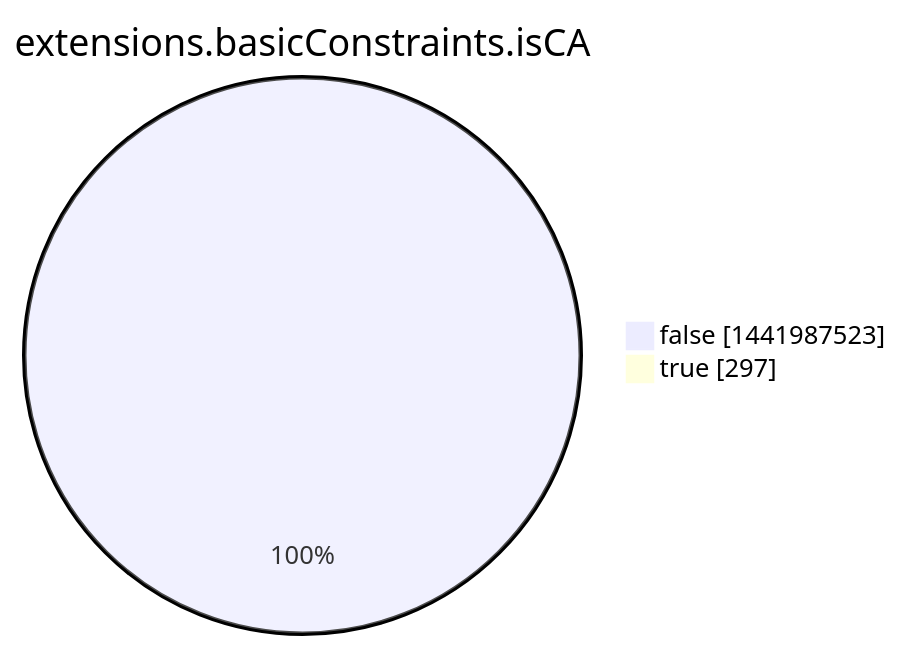
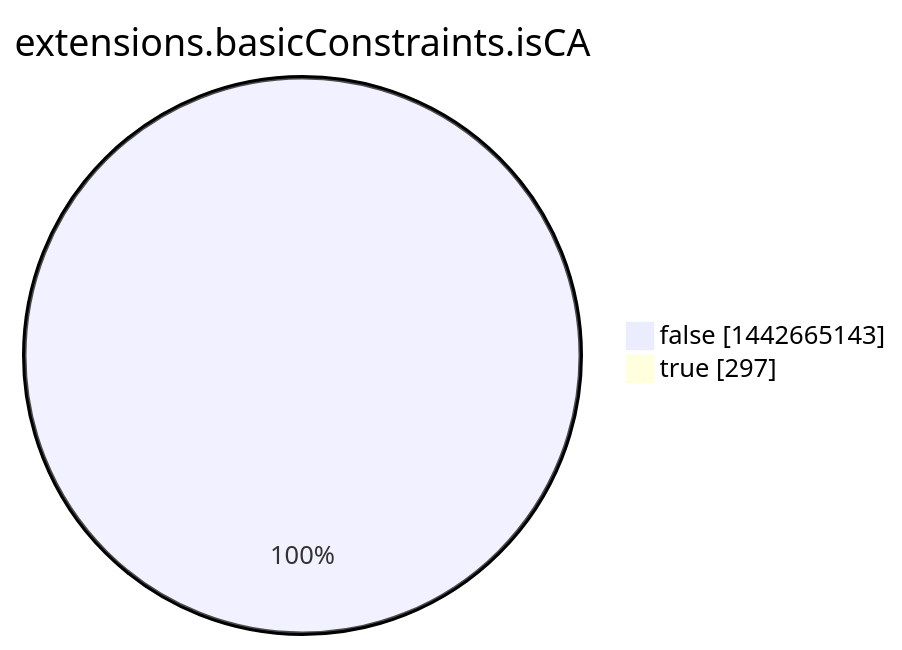
Before and after one commit to christiankrug/ctmonitor_visualization: the eighth of 15 diagrams in argon2022/README.md, drawn with Mermaid. The commit also changed other lines of this file, not shown here.

````diff
--- a/argon2022/README.md
+++ b/argon2022/README.md
@@ -2760,6 +2760,6 @@
 ```mermaid
 pie showData
 title extensions.basicConstraints.isCA
-"false" :1441987523
+"false" :1442665143
 "true" :297
 ```
````
